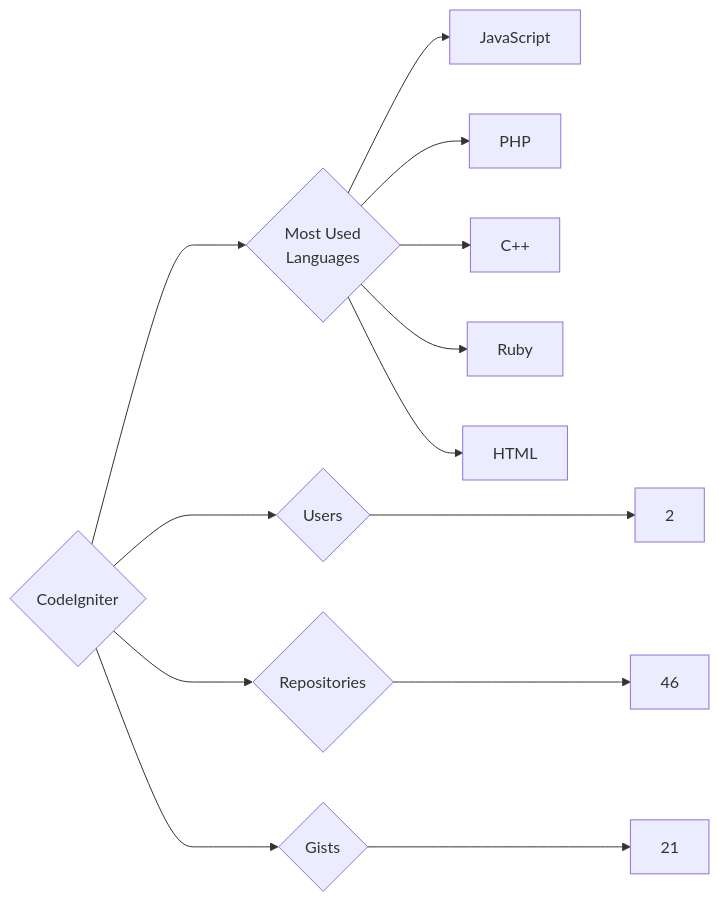
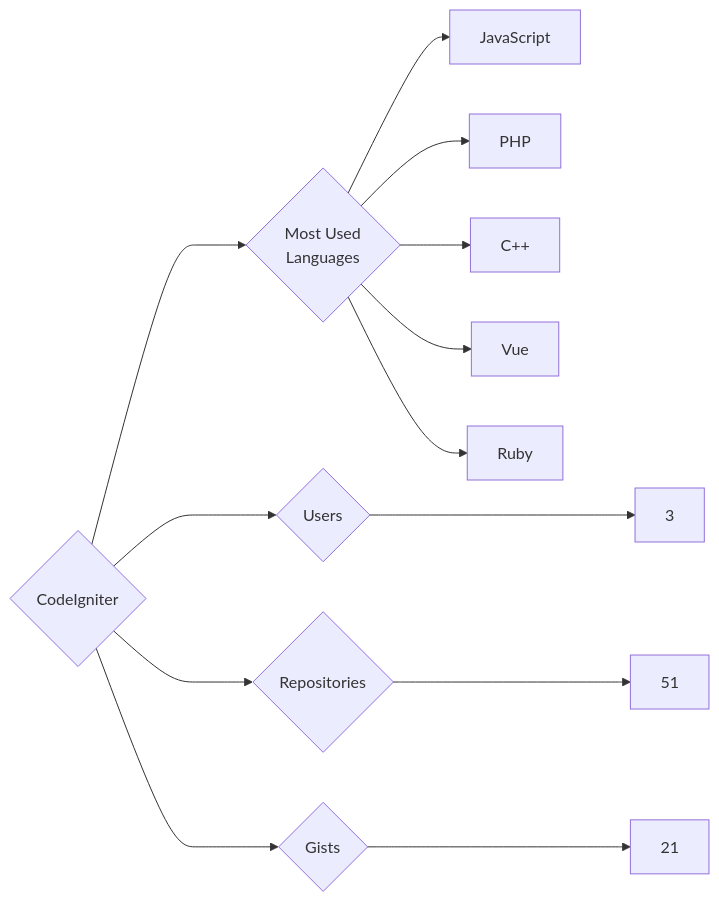
One commit to trickest/insiders changed the diagram in targets/CodeIgniter/README.md. Above: the diagram before and after it, drawn with Mermaid. The commit also changed 951 other files, not shown here.

````diff
--- a/targets/CodeIgniter/README.md
+++ b/targets/CodeIgniter/README.md
@@ -3,13 +3,13 @@
 ```mermaid
 graph LR
 COMPANY_NAME{CodeIgniter}
-COMPANY_NAME ---> U{Users} ---> UN[2]
-COMPANY_NAME ---> R{Repositories} ---> RN[46]
+COMPANY_NAME ---> U{Users} ---> UN[3]
+COMPANY_NAME ---> R{Repositories} ---> RN[51]
 COMPANY_NAME ---> G{Gists} ---> GN[21]
 COMPANY_NAME ---> ML{Most Used<br>Languages}
 ML --> JavaScript[JavaScript]
 ML --> PHP[PHP]
 ML --> C++[C++]
+ML --> Vue[Vue]
 ML --> Ruby[Ruby]
-ML --> HTML[HTML]
 ```
````
